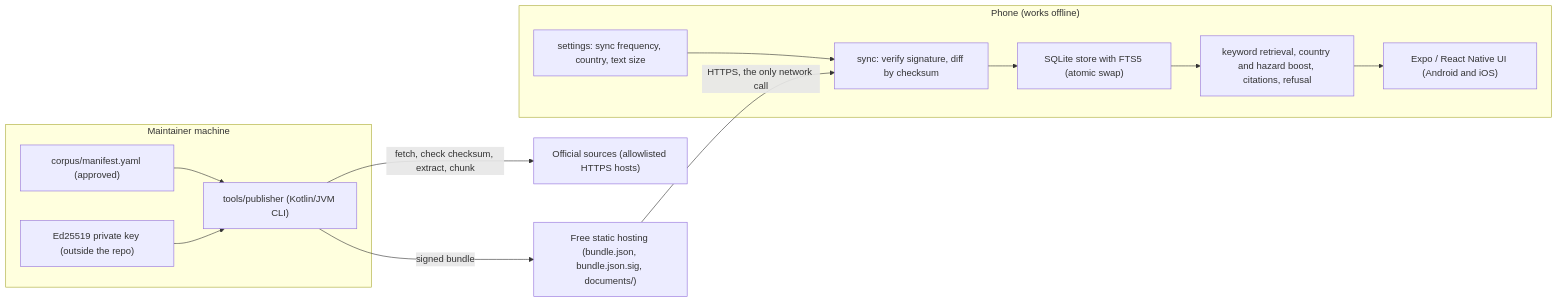
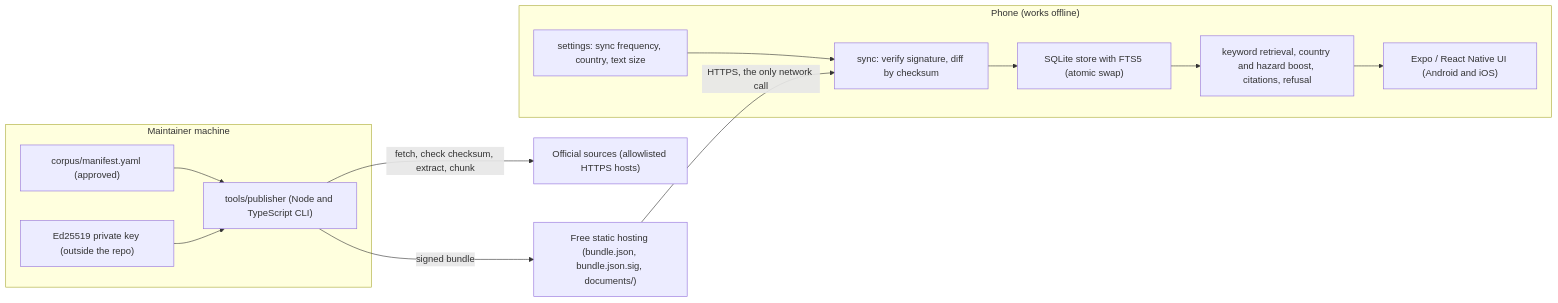
The diagram in docs/architecture/mobile-design.md (wosslabs/sheltr), drawn with Mermaid before and after one commit. The commit also changed 97 other files, not shown here.

First line of the commit message:
feat!: port the publisher to TypeScript; remove Gradle, Java and Kotlin

````diff
--- a/docs/architecture/mobile-design.md
+++ b/docs/architecture/mobile-design.md
@@ -7,28 +7,28 @@
 ```mermaid
 flowchart LR
   subgraph Maintainer["Maintainer machine"]
     M["corpus/manifest.yaml (approved)"]
-    P["tools/publisher (Kotlin/JVM CLI)"]
+    P["tools/publisher (Node and TypeScript CLI)"]
     K["Ed25519 private key (outside the repo)"]
     M --> P
     K --> P
   end
 
   S["Official sources (allowlisted HTTPS hosts)"]
   H["Free static hosting (bundle.json, bundle.json.sig, documents/)"]
 
   P -- "fetch, check checksum, extract, chunk" --> S
   P -- "signed bundle" --> H
 
   subgraph Phone["Phone (works offline)"]
     SY["sync: verify signature, diff by checksum"]
     ST["SQLite store with FTS5 (atomic swap)"]
     R["keyword retrieval, country and hazard boost, citations, refusal"]
     SET["settings: sync frequency, country, text size"]
     UI["Expo / React Native UI (Android and iOS)"]
     SET --> SY
     SY --> ST --> R --> UI
   end
 
   H -- "HTTPS, the only network call" --> SY
 ```
````
